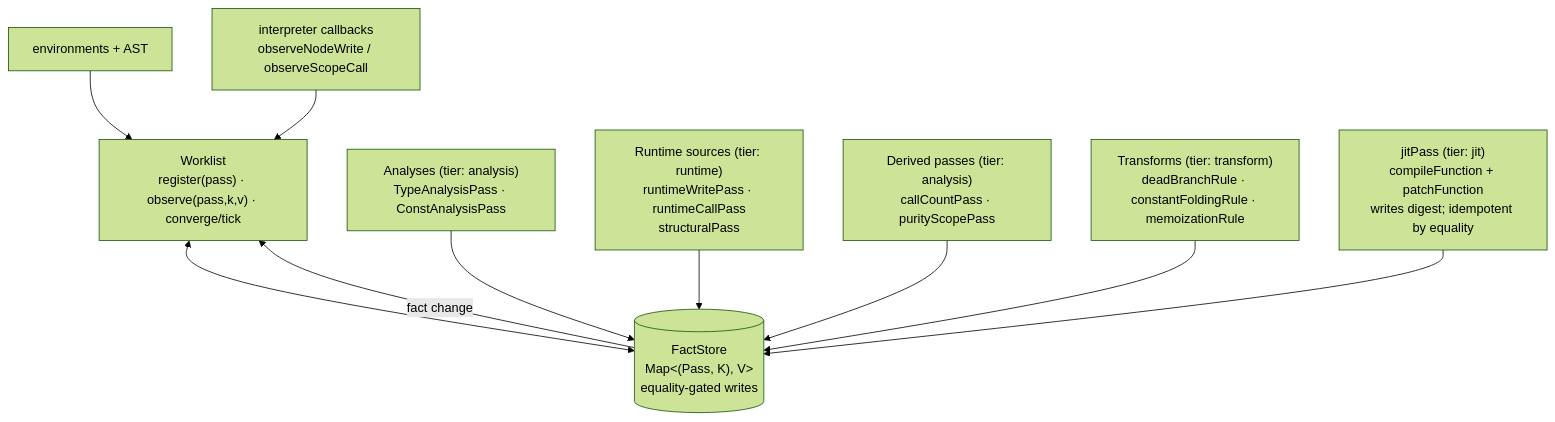
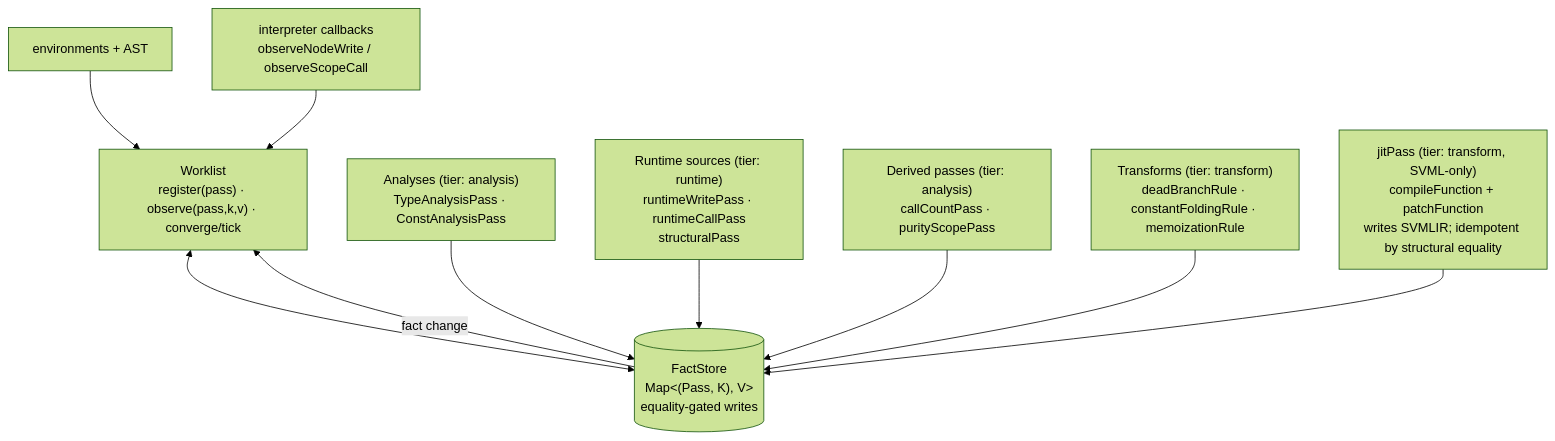
Before and after one commit to loyaltypollution/py-slang: the third of 6 diagrams in docs/compilation-flow.md, drawn with Mermaid (forest theme). The commit also changed other lines of this file and 67 other files, not shown here.

````diff
--- a/docs/compilation-flow.md
+++ b/docs/compilation-flow.md
@@ -144,23 +153,23 @@
 ```mermaid
 flowchart TB
     RESOLVE["environments + AST"]
     WL["Worklist<br/>register(pass) · observe(pass,k,v) · converge/tick"]
     FS[("FactStore<br/>Map&lt;(Pass, K), V&gt;<br/>equality-gated writes")]
     ANA["Analyses (tier: analysis)<br/>TypeAnalysisPass · ConstAnalysisPass"]
     SRC_RT["Runtime sources (tier: runtime)<br/>runtimeWritePass · runtimeCallPass<br/>structuralPass"]
     DERIVED["Derived passes (tier: analysis)<br/>callCountPass · purityScopePass"]
     XF["Transforms (tier: transform)<br/>deadBranchRule · constantFoldingRule · memoizationRule"]
-    JIT["jitPass (tier: jit)<br/>compileFunction + patchFunction<br/>writes digest; idempotent by equality"]
+    JIT["jitPass (tier: transform, SVML-only)<br/>compileFunction + patchFunction<br/>writes SVMLIR; idempotent by structural equality"]
 
     RESOLVE --> WL
     WL <--> FS
     ANA --> FS
     SRC_RT --> FS
     DERIVED --> FS
     XF --> FS
     JIT --> FS
     FS -- "fact change" --> WL
 
     EXT["interpreter callbacks<br/>observeNodeWrite / observeScopeCall"]
     EXT --> WL
 ```
````
